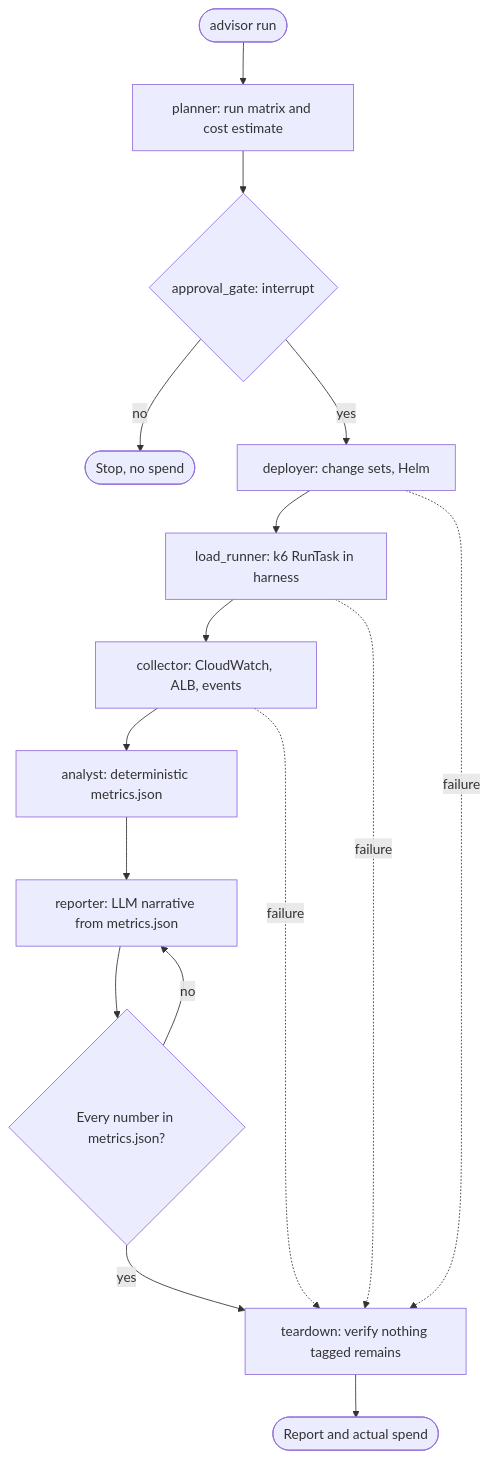
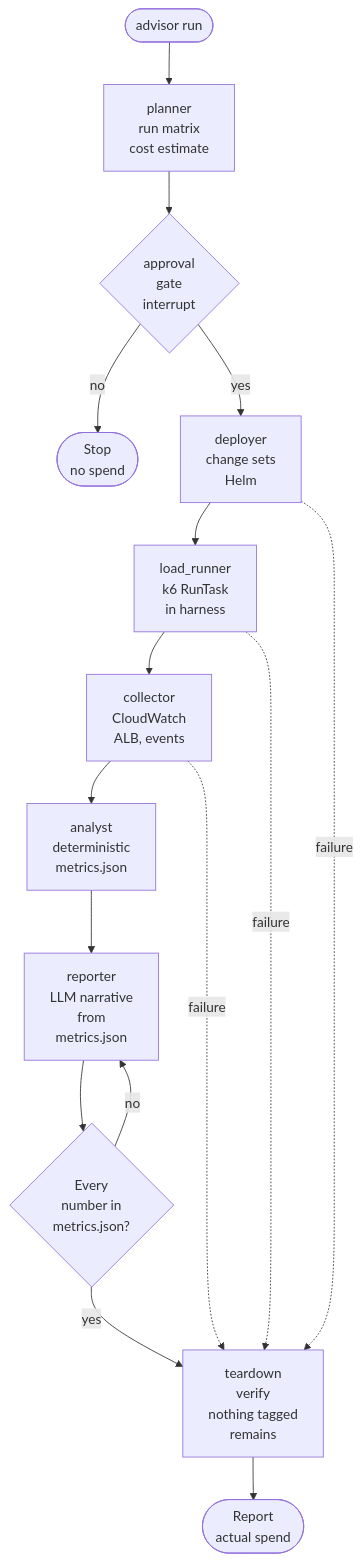
Before and after one commit to MAOFILHO/AWS-Agentic-ECS-EKS-Benchmark: the second of 3 diagrams in docs/architecture.md, drawn with Mermaid. The commit also changed other lines of this file, not shown here.

First line of the commit message:
🐛 [fix] docs: split Mermaid labels so GitHub stops clipping them

````diff
--- a/docs/architecture.md
+++ b/docs/architecture.md
@@ -35,18 +35,18 @@
 ```mermaid
 flowchart TD
-    start(["advisor run"]) --> planner["planner: run matrix and cost estimate"]
-    planner --> gate{"approval_gate: interrupt"}
-    gate -->|no| stop(["Stop, no spend"])
-    gate -->|yes| deployer["deployer: change sets, Helm"]
-    deployer --> loadr["load_runner: k6 RunTask in harness"]
-    loadr --> collector["collector: CloudWatch, ALB, events"]
-    collector --> analyst["analyst: deterministic metrics.json"]
-    analyst --> reporter["reporter: LLM narrative from metrics.json"]
-    reporter --> check{"Every number in metrics.json?"}
+    start(["advisor run"]) --> planner["planner<br/>run matrix<br/>cost estimate"]
+    planner --> gate{"approval<br/>gate<br/>interrupt"}
+    gate -->|no| stop(["Stop<br/>no spend"])
+    gate -->|yes| deployer["deployer<br/>change sets<br/>Helm"]
+    deployer --> loadr["load_runner<br/>k6 RunTask<br/>in harness"]
+    loadr --> collector["collector<br/>CloudWatch<br/>ALB, events"]
+    collector --> analyst["analyst<br/>deterministic<br/>metrics.json"]
+    analyst --> reporter["reporter<br/>LLM narrative<br/>from<br/>metrics.json"]
+    reporter --> check{"Every<br/>number in<br/>metrics.json?"}
     check -->|no| reporter
-    check -->|yes| teardown["teardown: verify nothing tagged remains"]
+    check -->|yes| teardown["teardown<br/>verify<br/>nothing tagged<br/>remains"]
     deployer -. "failure" .-> teardown
     loadr -. "failure" .-> teardown
     collector -. "failure" .-> teardown
-    teardown --> done(["Report and actual spend"])
+    teardown --> done(["Report<br/>actual spend"])
 ```
````
